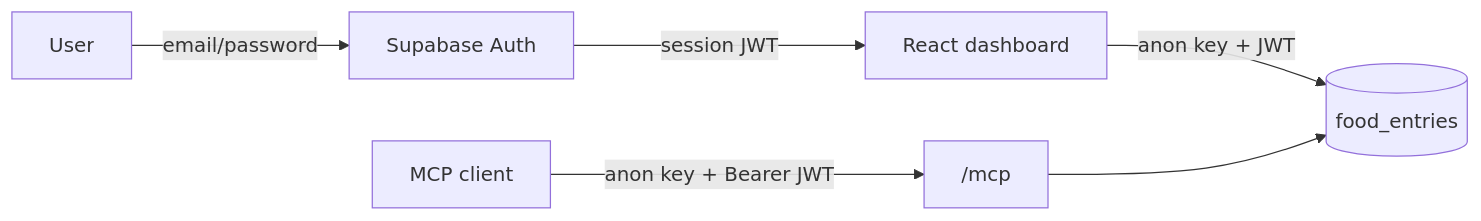
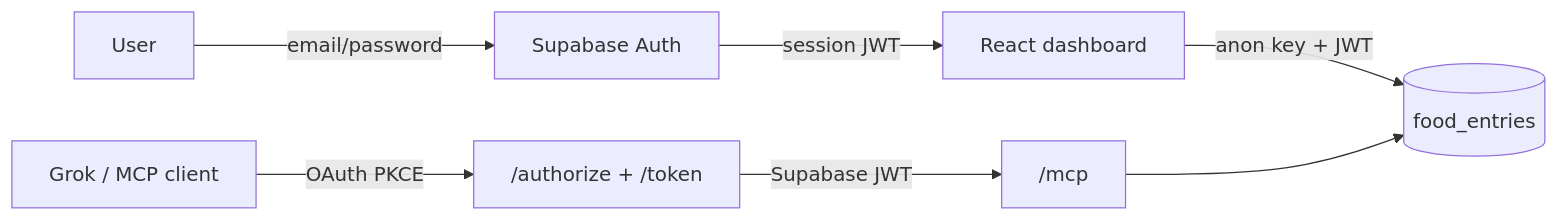
The diagram in README.md (faulknerpearce/nutrition_tracker), drawn with Mermaid before and after one commit. The commit also changed other lines of this file and 28 other files, not shown here.

First line of the commit message:
Add MCP OAuth 2.1 flow for Grok connector support

````diff
--- a/README.md
+++ b/README.md
@@ -107,8 +107,9 @@
 ```mermaid
 flowchart LR
   User -->|email/password| SupabaseAuth[Supabase Auth]
   SupabaseAuth -->|session JWT| WebApp[React dashboard]
   WebApp -->|anon key + JWT| FoodEntries[(food_entries)]
-  MCPAgent[MCP client] -->|anon key + Bearer JWT| McpEndpoint["/mcp"]
+  Grok[Grok / MCP client] -->|OAuth PKCE| OAuth["/authorize + /token"]
+  OAuth -->|Supabase JWT| McpEndpoint["/mcp"]
   McpEndpoint --> FoodEntries
 ```
````
